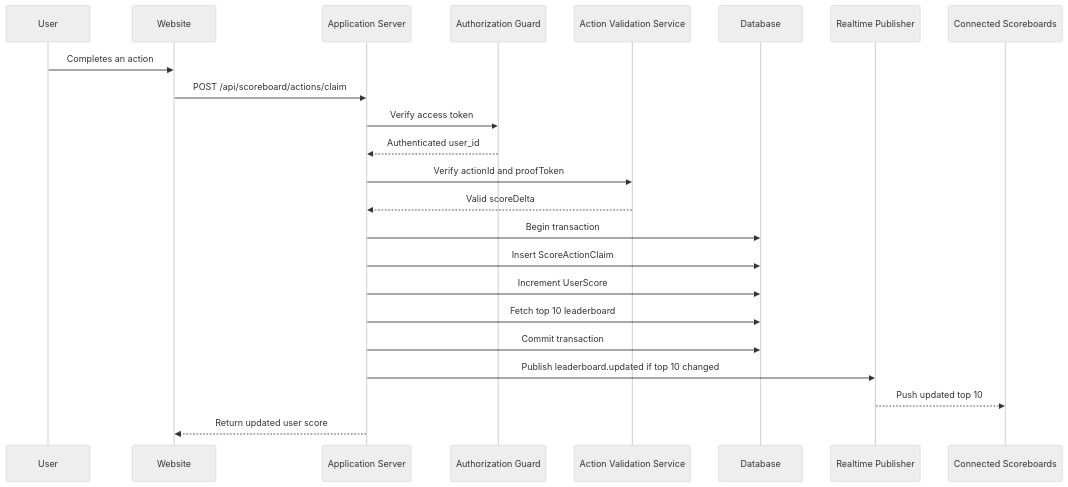
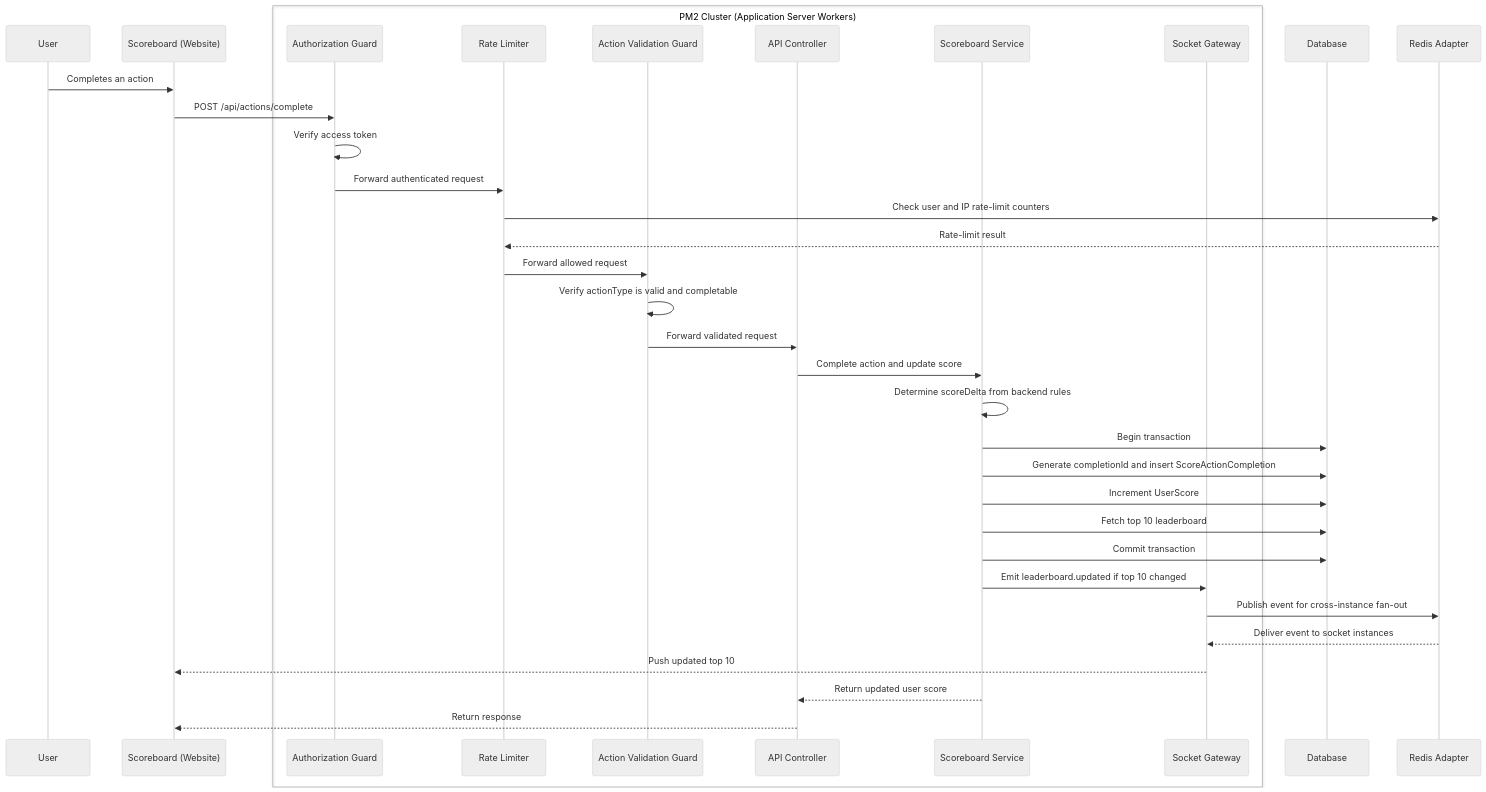
Before and after one commit to phunguyentan109/be-challenge: the diagram in src/problem 6/README.md, drawn with Mermaid (neutral theme). The commit also changed other lines of this file and 1 other file, not shown here.

````diff
--- a/src/problem 6/README.md
+++ b/src/problem 6/README.md
@@ -194,26 +297,38 @@
 ```mermaid
 sequenceDiagram
     participant User
-    participant Website
-    participant API as Application Server
-    participant Auth as Authorization Guard
-    participant Action as Action Validation Service
+    participant Board as Scoreboard (Website)
+    box PM2 Cluster (Application Server Workers)
+        participant Auth as Authorization Guard
+        participant Rate as Rate Limiter
+        participant Action as Action Validation Guard
+        participant API as API Controller
+        participant Score as Scoreboard Service
+        participant Socket as Socket Gateway
+    end
     participant DB as Database
-    participant RT as Realtime Publisher
-    participant Clients as Connected Scoreboards
+    participant Redis as Redis Adapter
 
-    User->>Website: Completes an action
-    Website->>API: POST /api/scoreboard/actions/claim
-    API->>Auth: Verify access token
-    Auth-->>API: Authenticated user_id
-    API->>Action: Verify actionId and proofToken
-    Action-->>API: Valid scoreDelta
-    API->>DB: Begin transaction
-    API->>DB: Insert ScoreActionClaim
-    API->>DB: Increment UserScore
-    API->>DB: Fetch top 10 leaderboard
-    API->>DB: Commit transaction
-    API->>RT: Publish leaderboard.updated if top 10 changed
-    RT-->>Clients: Push updated top 10
-    API-->>Website: Return updated user score
+    User->>Board: Completes an action
+    Board->>Auth: POST /api/actions/complete
+    Auth->>Auth: Verify access token
+    Auth->>Rate: Forward authenticated request
+    Rate->>Redis: Check user and IP rate-limit counters
+    Redis-->>Rate: Rate-limit result
+    Rate->>Action: Forward allowed request
+    Action->>Action: Verify actionType is valid and completable
+    Action->>API: Forward validated request
+    API->>Score: Complete action and update score
+    Score->>Score: Determine scoreDelta from backend rules
+    Score->>DB: Begin transaction
+    Score->>DB: Generate completionId and insert ScoreActionCompletion
+    Score->>DB: Increment UserScore
+    Score->>DB: Fetch top 10 leaderboard
+    Score->>DB: Commit transaction
+    Score->>Socket: Emit leaderboard.updated if top 10 changed
+    Socket->>Redis: Publish event for cross-instance fan-out
+    Redis-->>Socket: Deliver event to socket instances
+    Socket-->>Board: Push updated top 10
+    Score-->>API: Return updated user score
+    API-->>Board: Return response
 ```
````
